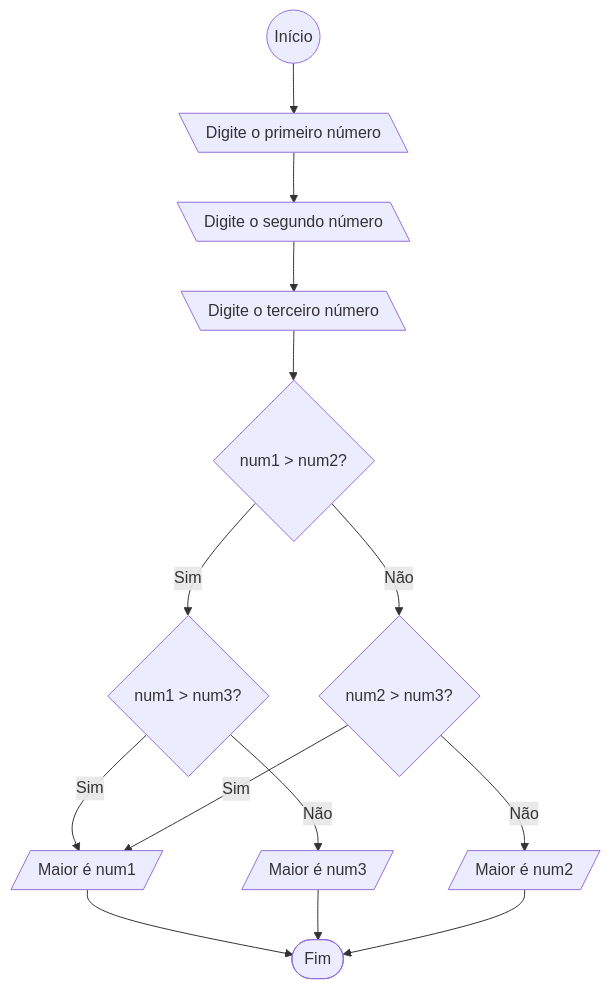
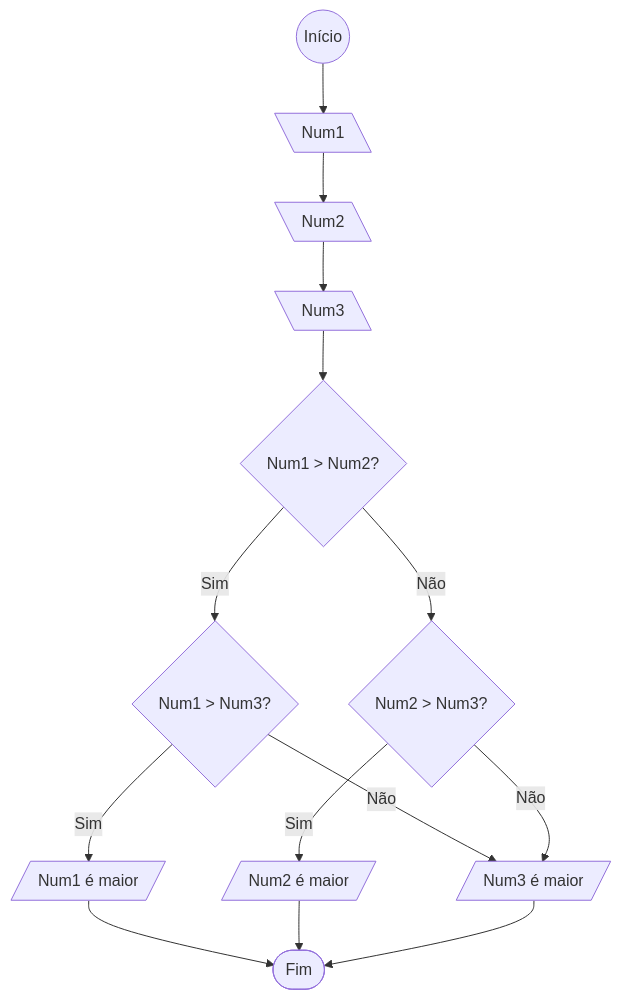
The seventh of 10 diagrams in lista_de_exercicios/LP_Lista_01/README.md (gabrrkl7/LP_SENAI), drawn with Mermaid before and after one commit. The commit also changed other lines of this file and 21 other files, not shown here.

````diff
--- a/lista_de_exercicios/LP_Lista_01/README.md
+++ b/lista_de_exercicios/LP_Lista_01/README.md
@@ -95,16 +96,16 @@
    ```mermaid
    flowchart TD
-    start(( Início )) --> input1[\ Digite o primeiro número \]
-    input1 --> input2[\ Digite o segundo número \]
-    input2 --> input3[\ Digite o terceiro número \]
-    input3 --> verification1{num1 > num2?}
-    verification1 --> |Sim| verification2{num1 > num3?}
-    verification1 --> |Não| verification3{num2 > num3?}
-    verification2 --> |Sim| A[/ Maior é num1 /]
-    verification2 --> |Não| B[/ Maior é num3 /]
-    verification3 --> |Sim| A
-    verification3 --> |Não| C[/ Maior é num2 /]
-    A --> finish([ Fim ])
-    B --> finish
-    C --> finish
+        start(( Início )) --> input1[\ Num1 \]
+        input1 --> input2[\ Num2 \]
+        input2 --> input3[\ Num3 \]
+        input3 --> check1{ Num1 > Num2? }
+        check1 --> |Sim| check2{ Num1 > Num3? }
+        check1 --> |Não| check3{ Num2 > Num3? }
+        check2 --> |Sim| maior1[/ Num1 é maior /]
+        check2 --> |Não| maior3[/ Num3 é maior /]
+        check3 --> |Sim| maior2[/ Num2 é maior /]
+        check3 --> |Não| maior3
+        maior1 --> fim([ Fim ])
+        maior2 --> fim
+        maior3 --> fim
    ```
````
